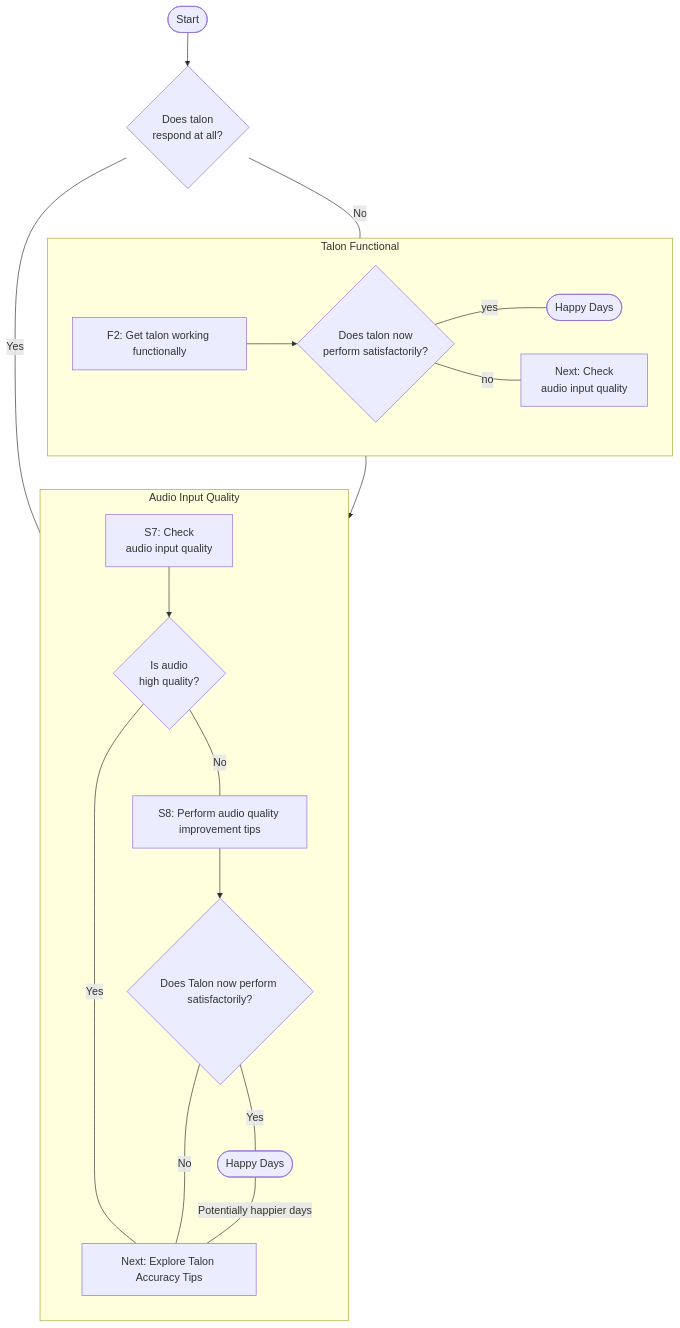
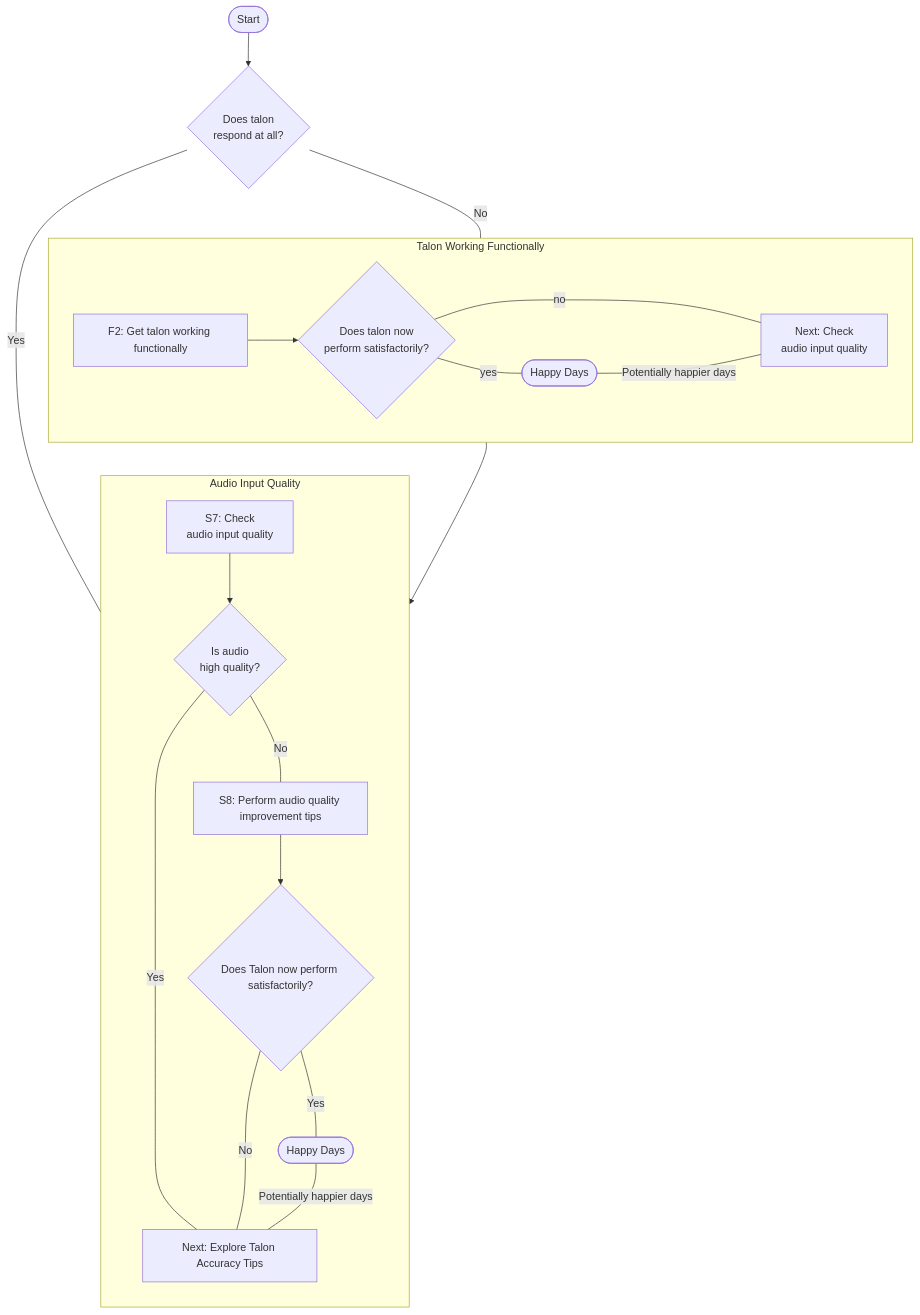
Before and after one commit to TalonCommunity/Wiki: the first of 3 diagrams in docs/Resource Hub/Troubleshooting/basic-issues.md, drawn with Mermaid. The commit also changed other lines of this file and 1 other file, not shown here.

````diff
--- a/docs/Resource Hub/Troubleshooting/basic-issues.md
+++ b/docs/Resource Hub/Troubleshooting/basic-issues.md
@@ -9,51 +9,52 @@
 ```mermaid
 graph TB
     start@{ shape: stadium, label: "Start"}
     start-->S1
 
     S1{Does talon 
     respond at all?}
     S1-- No ---group_talon_functional
     S1-- Yes ---group_audio_quality
 
-    subgraph group_talon_functional["Talon Functional"]
+    subgraph group_talon_functional["Talon Working Functionally"]
         talon_working_functionally[F2: Get talon working functionally]
         talon_working_functionally-->test
 
         test{Does talon now 
         perform satisfactorily?}
         test-- yes ---happy_days1
         test-- no ---next_audio_quality
         next_audio_quality[Next: Check 
         audio input quality]
         happy_days1@{ shape: stadium, label: "Happy Days"}
+        happy_days1-- Potentially happier days ---next_audio_quality
     end
 
     subgraph group_audio_quality["Audio Input Quality"]
         direction TB
         F4A[S7: Check 
             audio input quality]
 
         F4A-->F4B
 
         F4B{Is audio 
             high quality?}
         F4B-- No ---F4C
         F4B-- Yes ---talon_accuracy[Next: Explore Talon Accuracy Tips]
 
         F4C[S8: Perform audio quality improvement tips]
         F4C-->F4D
 
         F4D{Does Talon now perform satisfactorily?}
         F4D-- Yes ---happy_days4
         F4D-- No ---talon_accuracy
         happy_days4@{ shape: stadium, label: "Happy Days"}
         happy_days4-- Potentially happier days ---talon_accuracy
     end
     %% the following link is "invisible" and is only present for improving the layout %%
     group_talon_functional ~~~ group_audio_quality
 
     group_talon_functional-->group_audio_quality
 
 
 ```
````
